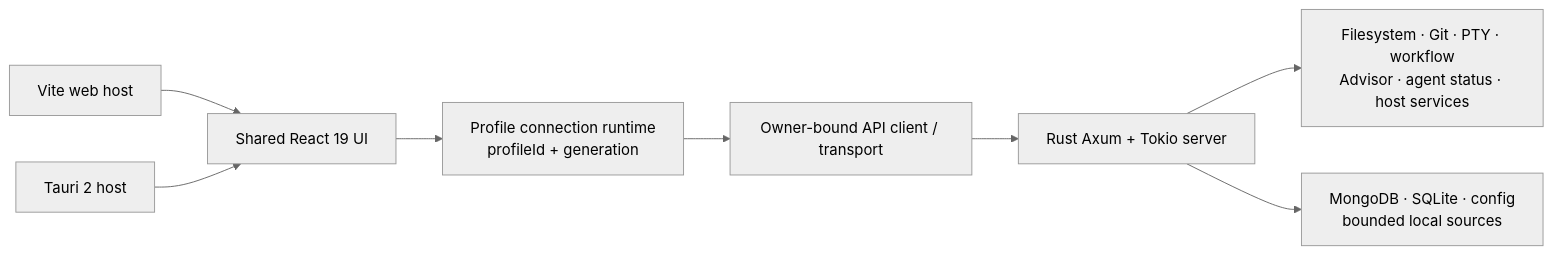
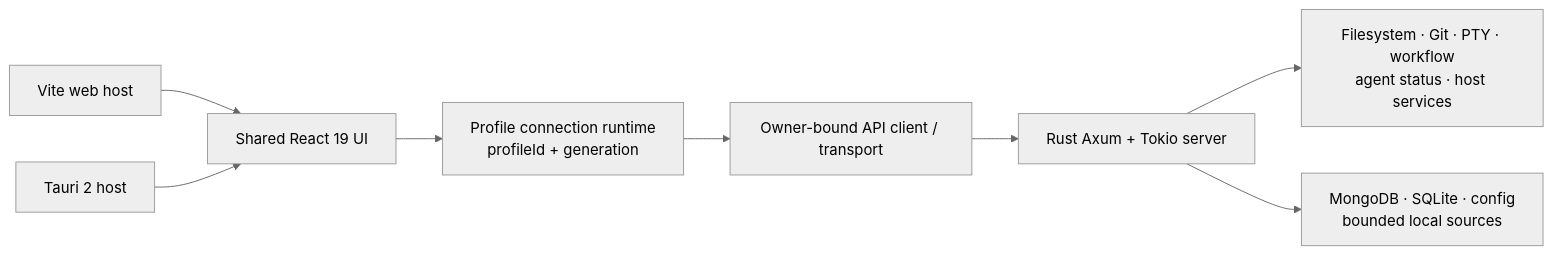
The diagram in docs/system-architecture.md (loidinhm31/dam-hopper), drawn with Mermaid (neutral theme) before and after one commit. The commit also changed other lines of this file and 119 other files, not shown here.

Commit message:
refactor: remove native advisor feature across transport, server, test infra, and docs

````diff
--- a/docs/system-architecture.md
+++ b/docs/system-architecture.md
@@ -9,10 +9,10 @@
 ```mermaid
 flowchart LR
   Web["Vite web host"] --> UI["Shared React 19 UI"]
   Native["Tauri 2 host"] --> UI
   UI --> Profiles["Profile connection runtime<br/>profileId + generation"]
   Profiles --> Client["Owner-bound API client / transport"]
   Client --> Server["Rust Axum + Tokio server"]
-  Server --> Domains["Filesystem · Git · PTY · workflow<br/>Advisor · agent status · host services"]
+  Server --> Domains["Filesystem · Git · PTY · workflow<br/>agent status · host services"]
   Server --> Store["MongoDB · SQLite · config<br/>bounded local sources"]
 ```
````
